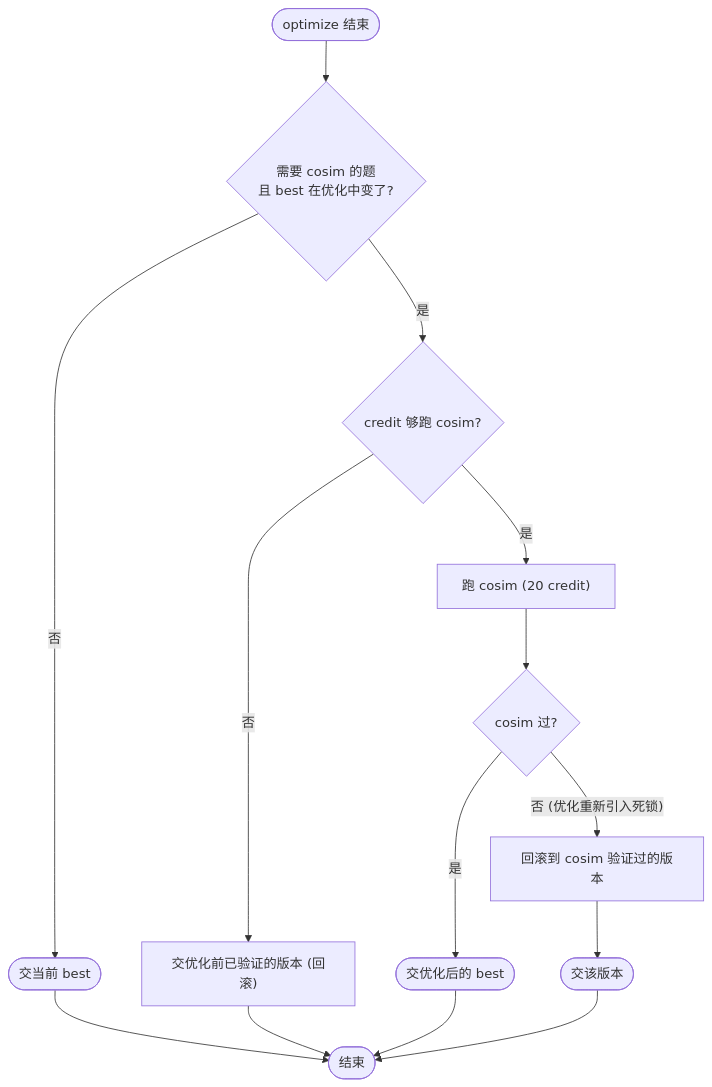
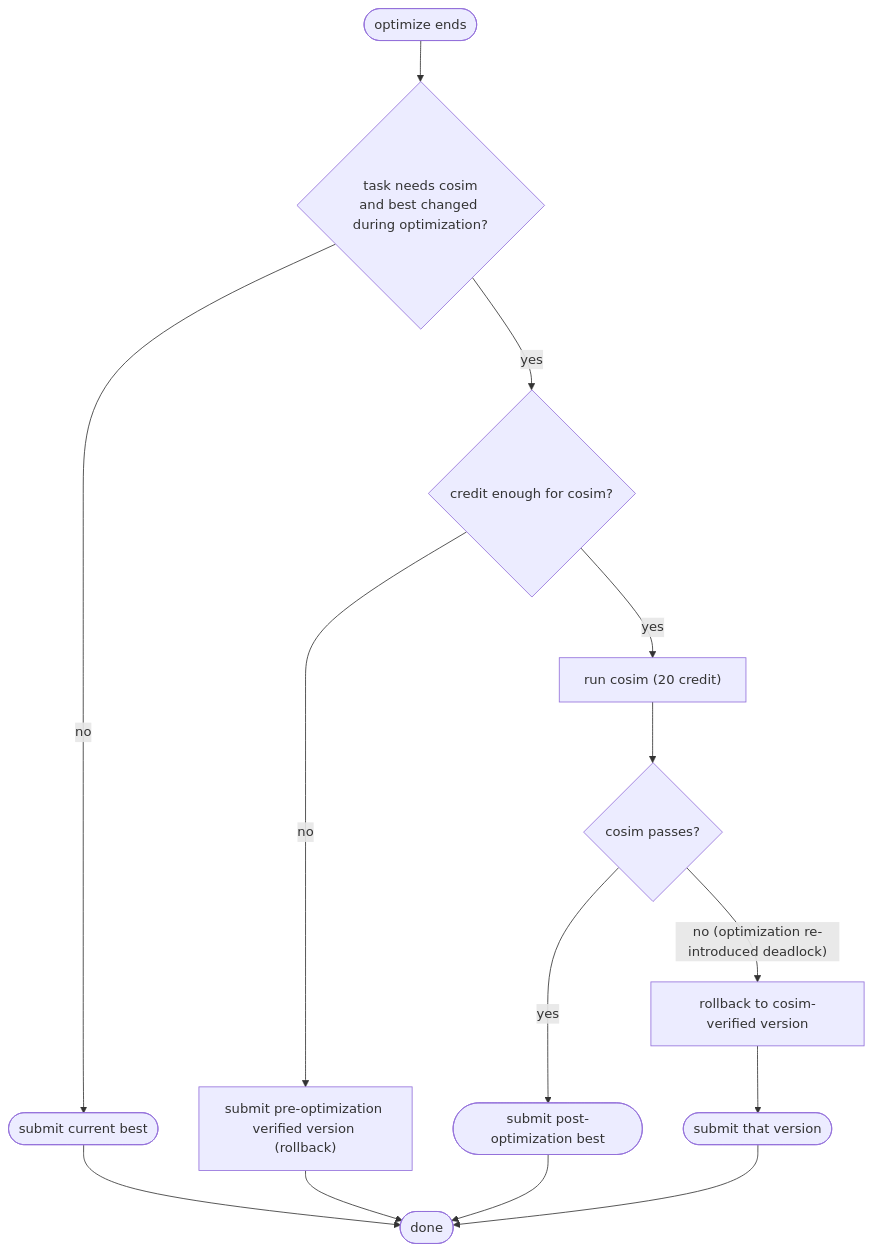
One commit to QFcattail/llm4hls changed the eighth of 8 diagrams in docs-development/design/agent-architecture.md. Above: the diagram before and after it, drawn with Mermaid. The commit also changed other lines of this file and 33 other files, not shown here.

````diff
--- a/docs-development/design/agent-architecture.md
+++ b/docs-development/design/agent-architecture.md
@@ -491,15 +493,15 @@
 ```mermaid
 flowchart TD
-    Start([optimize 结束]) --> Q1{需要 cosim 的题<br/>且 best 在优化中变了?}
-    Q1 -- 否 --> Submit(["交当前 best"]) --> Done([结束])
+    Start([optimize ends]) --> Q1{task needs cosim<br/>and best changed during optimization?}
+    Q1 -- no --> Submit(["submit current best"]) --> Done([done])
 
-    Q1 -- 是 --> Q2{credit 够跑 cosim?}
-    Q2 -- 否 --> Rollback1["交优化前已验证的版本 (回滚)"]
+    Q1 -- yes --> Q2{credit enough for cosim?}
+    Q2 -- no --> Rollback1["submit pre-optimization verified version (rollback)"]
     Rollback1 --> Done
 
-    Q2 -- 是 --> Cosim["跑 cosim (20 credit)"]
-    Cosim --> Q3{cosim 过?}
-    Q3 -- 是 --> SubmitOK(["交优化后的 best"]) --> Done
-    Q3 -- 否 (优化重新引入死锁) --> Rollback2["回滚到 cosim 验证过的版本"]
-    Rollback2 --> SubmitRollback(["交该版本"]) --> Done
+    Q2 -- yes --> Cosim["run cosim (20 credit)"]
+    Cosim --> Q3{cosim passes?}
+    Q3 -- yes --> SubmitOK(["submit post-optimization best"]) --> Done
+    Q3 -- no (optimization re-introduced deadlock) --> Rollback2["rollback to cosim-verified version"]
+    Rollback2 --> SubmitRollback(["submit that version"]) --> Done
 ```
````
